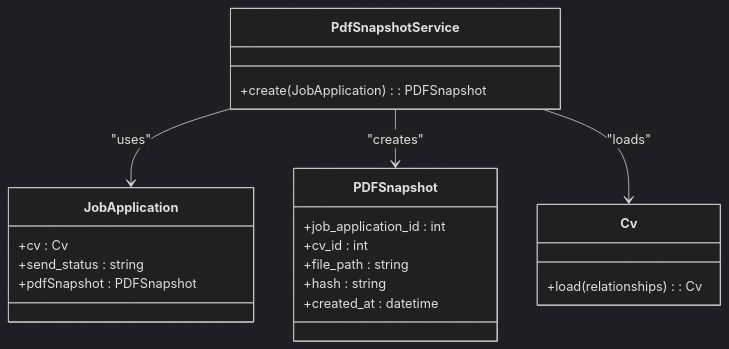
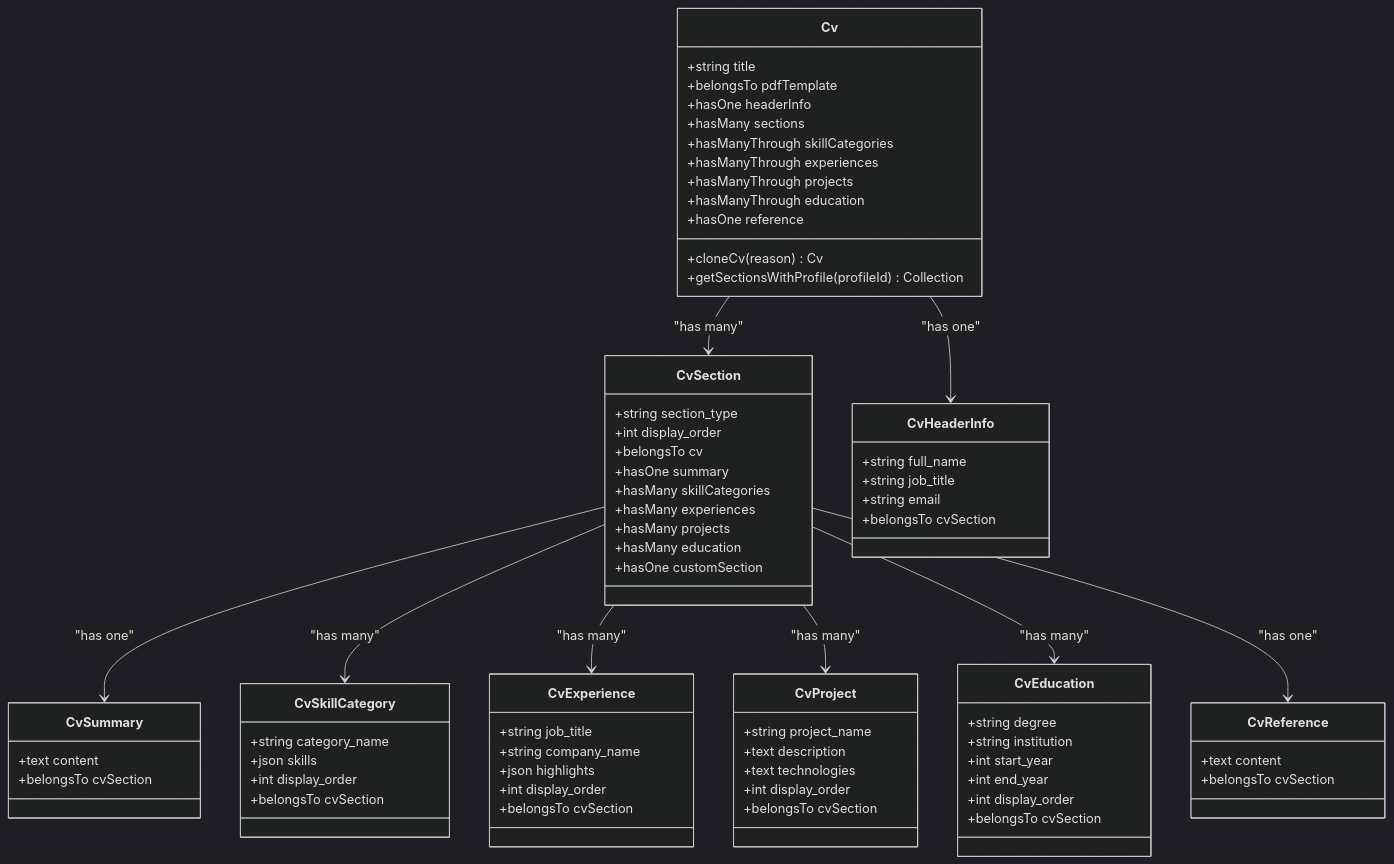
One commit to withoutfanfare/cv-builder changed the third of 8 diagrams in .qoder/repowiki/en/content/Architecture & Design/Architecture & Design.md. Above: the diagram before and after it, drawn with Mermaid (dark theme). The commit also changed other lines of this file and 128 other files, not shown here.

````diff
--- a/.qoder/repowiki/en/content/Architecture & Design/Architecture & Design.md
+++ b/.qoder/repowiki/en/content/Architecture & Design/Architecture & Design.md
@@ -120,24 +101,77 @@
 ```mermaid
 classDiagram
-class PdfSnapshotService {
-+create(JobApplication) : PDFSnapshot
+class Cv {
++string title
++belongsTo pdfTemplate
++hasOne headerInfo
++hasMany sections
++hasManyThrough skillCategories
++hasManyThrough experiences
++hasManyThrough projects
++hasManyThrough education
++hasOne reference
++cloneCv(reason) Cv
++getSectionsWithProfile(profileId) Collection
 }
-class JobApplication {
-+cv : Cv
-+send_status : string
-+pdfSnapshot : PDFSnapshot
+class CvSection {
++string section_type
++int display_order
++belongsTo cv
++hasOne summary
++hasMany skillCategories
++hasMany experiences
++hasMany projects
++hasMany education
++hasOne customSection
 }
-class PDFSnapshot {
-+job_application_id : int
-+cv_id : int
-+file_path : string
-+hash : string
-+created_at : datetime
+class CvHeaderInfo {
++string full_name
++string job_title
++string email
++belongsTo cvSection
 }
-class Cv {
-+load(relationships) : Cv
+class CvSummary {
++text content
++belongsTo cvSection
 }
-PdfSnapshotService --> JobApplication : "uses"
-PdfSnapshotService --> PDFSnapshot : "creates"
-PdfSnapshotService --> Cv : "loads"
+class CvSkillCategory {
++string category_name
++json skills
++int display_order
++belongsTo cvSection
+}
+class CvExperience {
++string job_title
++string company_name
++json highlights
++int display_order
++belongsTo cvSection
+}
+class CvProject {
++string project_name
++text description
++text technologies
++int display_order
++belongsTo cvSection
+}
+class CvEducation {
++string degree
++string institution
++int start_year
++int end_year
++int display_order
++belongsTo cvSection
+}
+class CvReference {
++text content
++belongsTo cvSection
+}
+Cv --> CvSection : "has many"
+Cv --> CvHeaderInfo : "has one"
+CvSection --> CvSummary : "has one"
+CvSection --> CvSkillCategory : "has many"
+CvSection --> CvExperience : "has many"
+CvSection --> CvProject : "has many"
+CvSection --> CvEducation : "has many"
+CvSection --> CvReference : "has one"
 ```
````
